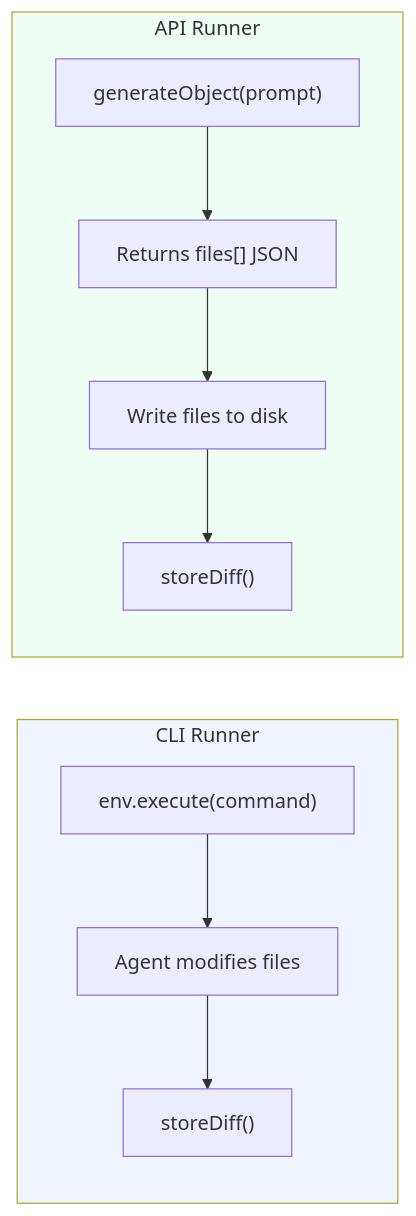
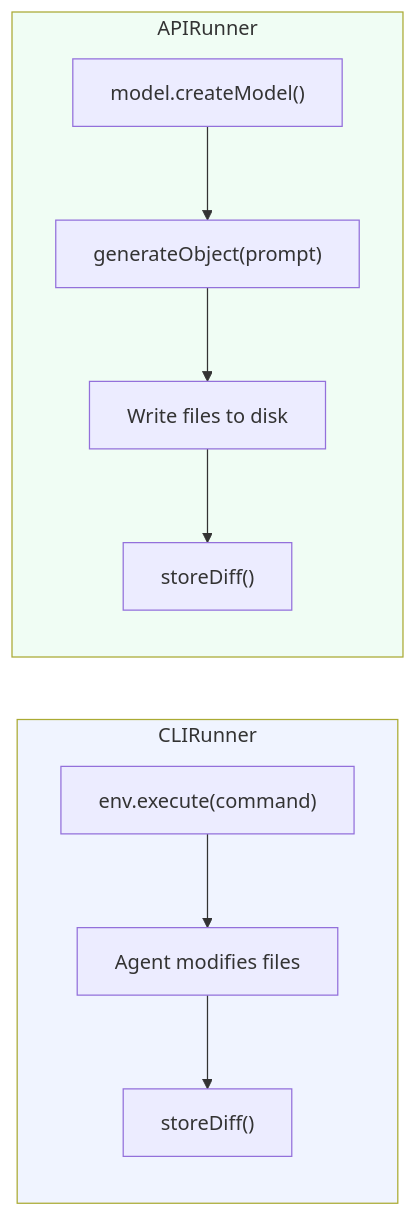
One commit to Tlahey/agent-eval changed the second of 2 diagrams in apps/docs/guide/runners.md. Above: the diagram before and after it, drawn with Mermaid. The commit also changed other lines of this file and 25 other files, not shown here.

````diff
--- a/apps/docs/guide/runners.md
+++ b/apps/docs/guide/runners.md
@@ -260,16 +262,16 @@
 ```mermaid
 flowchart LR
-    subgraph CLI["CLI Runner"]
+    subgraph CLI["CLIRunner"]
         A["env.execute(command)"] --> B["Agent modifies files"]
         B --> C["storeDiff()"]
     end
 
-    subgraph API["API Runner"]
-        D["generateObject(prompt)"] --> E["Returns files[] JSON"]
+    subgraph API["APIRunner"]
+        D["model.createModel()"] --> E["generateObject(prompt)"]
         E --> F["Write files to disk"]
         F --> G["storeDiff()"]
     end
 
     style CLI fill:#f0f4ff
     style API fill:#f0fdf4
 ```
````
